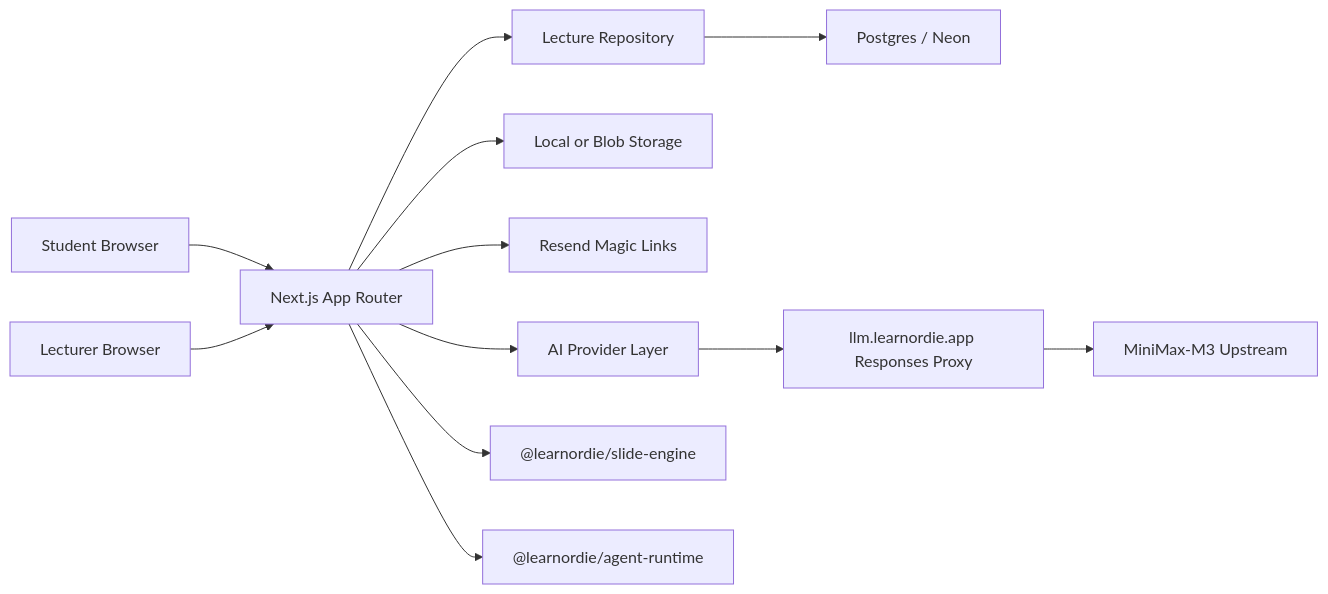
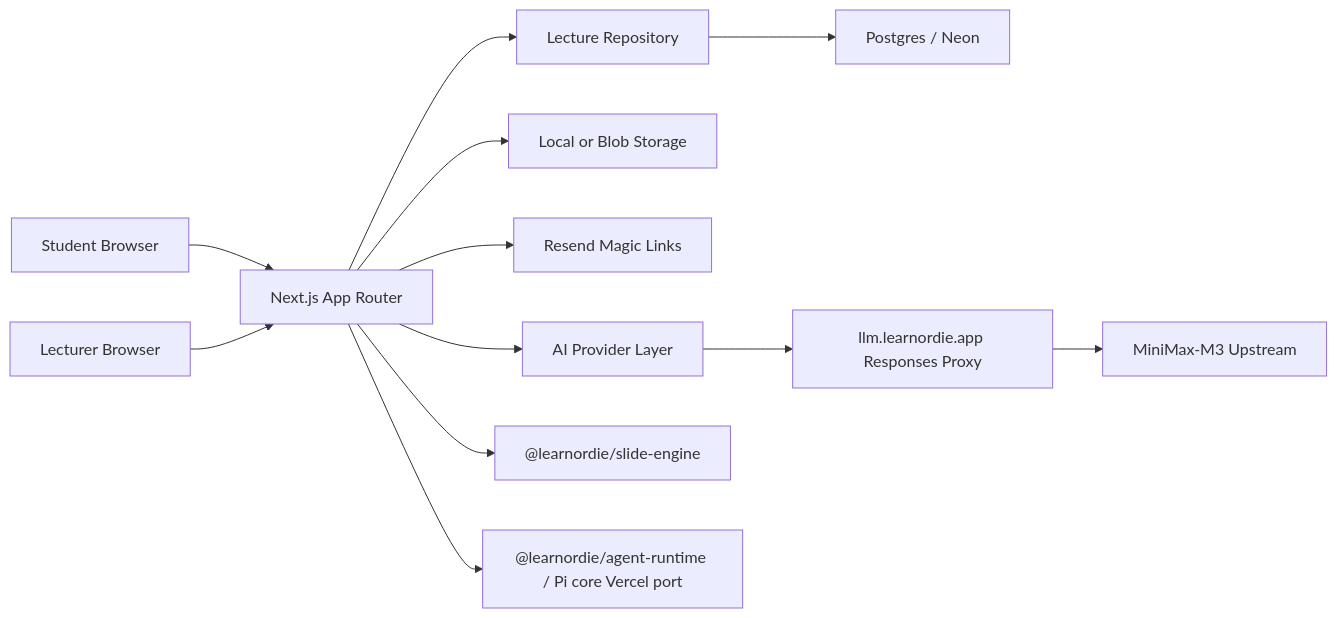
Before and after one commit to metric-space-ai/learnordie: the diagram in README.md, drawn with Mermaid. The commit also changed other lines of this file and 47 other files, not shown here.

````diff
--- a/README.md
+++ b/README.md
@@ -50,14 +50,14 @@
 ```mermaid
 flowchart LR
   Student["Student Browser"] --> Next["Next.js App Router"]
   Lecturer["Lecturer Browser"] --> Next
   Next --> Repo["Lecture Repository"]
   Repo --> Postgres["Postgres / Neon"]
   Next --> Storage["Local or Blob Storage"]
   Next --> Mail["Resend Magic Links"]
   Next --> AI["AI Provider Layer"]
   AI --> Proxy["llm.learnordie.app Responses Proxy"]
   Proxy --> MiniMax["MiniMax-M3 Upstream"]
   Next --> SlideEngine["@learnordie/slide-engine"]
-  Next --> AgentRuntime["@learnordie/agent-runtime"]
+  Next --> AgentRuntime["@learnordie/agent-runtime / Pi core Vercel port"]
 ```
````
